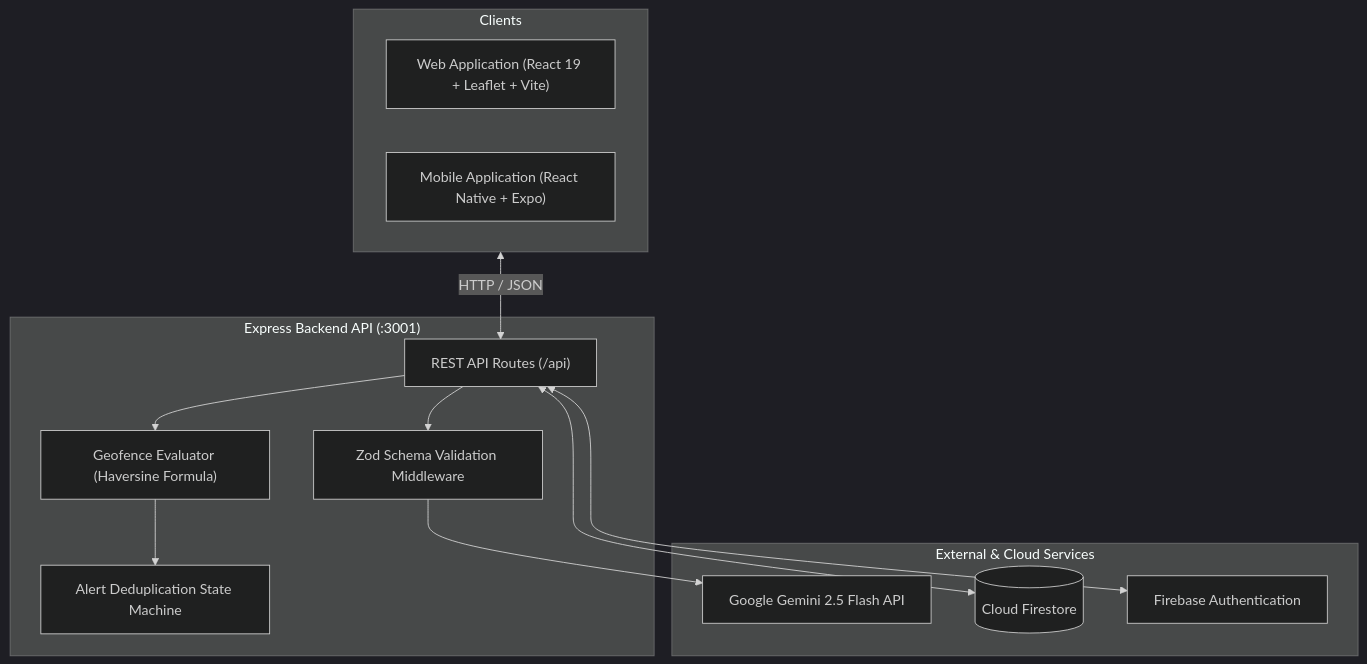
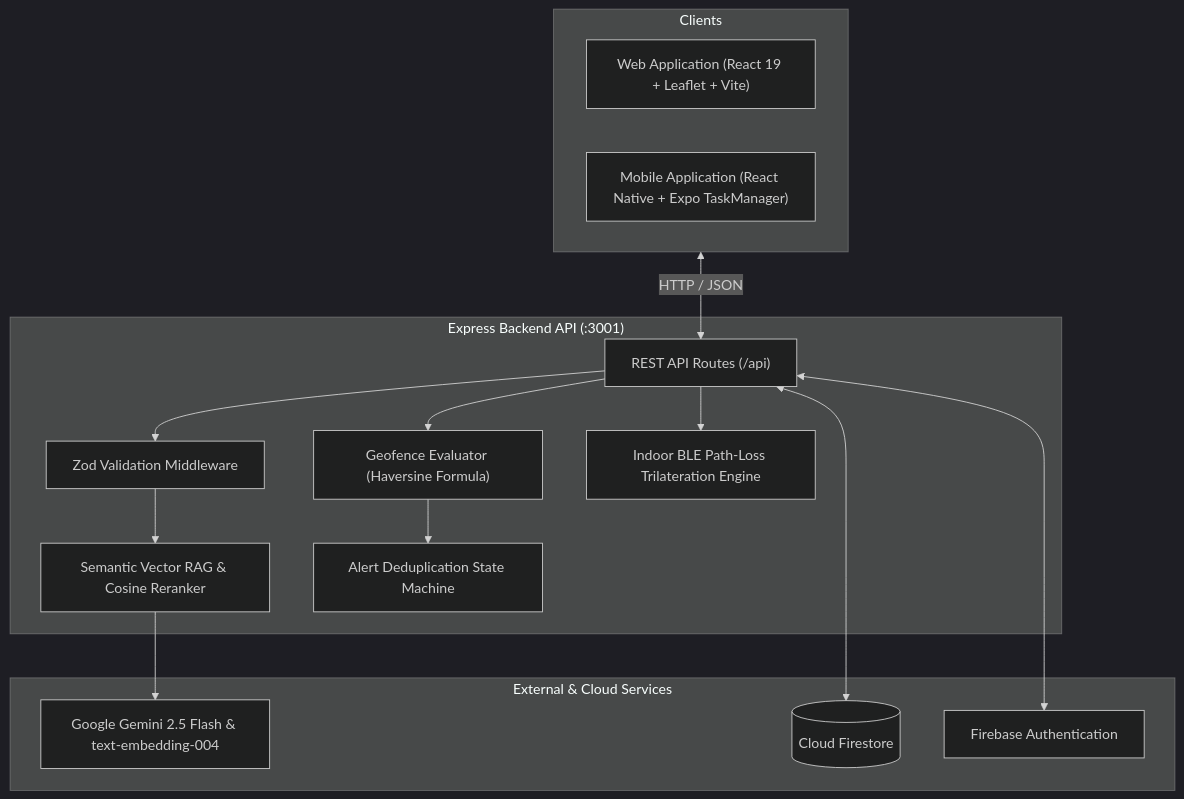
One commit to Pranav7758051011/AfterMe changed the diagram in README.md. Above: the diagram before and after it, drawn with Mermaid (dark theme). The commit also changed other lines of this file, not shown here.

Commit message:
docs: update README with vector RAG embeddings, indoor BLE trilateration, and 11 test suites

````diff
--- a/README.md
+++ b/README.md
@@ -24,28 +27,32 @@
 ```mermaid
 flowchart TB
     subgraph Clients["Clients"]
         WEB["Web Application (React 19 + Leaflet + Vite)"]
-        MOB["Mobile Application (React Native + Expo)"]
+        MOB["Mobile Application (React Native + Expo TaskManager)"]
     end
 
     subgraph Backend["Express Backend API (:3001)"]
         ROUTER["REST API Routes (/api)"]
-        VAL["Zod Schema Validation Middleware"]
+        VAL["Zod Validation Middleware"]
+        VEC["Semantic Vector RAG & Cosine Reranker"]
         GEO["Geofence Evaluator (Haversine Formula)"]
+        BLE["Indoor BLE Path-Loss Trilateration Engine"]
         DEDUP["Alert Deduplication State Machine"]
     end
 
     subgraph Services["External & Cloud Services"]
-        GEMINI["Google Gemini 2.5 Flash API"]
+        GEMINI["Google Gemini 2.5 Flash & text-embedding-004"]
         FS[("Cloud Firestore")]
         AUTH["Firebase Authentication"]
     end
 
     Clients <-->|HTTP / JSON| ROUTER
     ROUTER --> VAL
-    VAL --> GEMINI
+    VAL --> VEC
+    VEC --> GEMINI
     ROUTER --> GEO
+    ROUTER --> BLE
     GEO --> DEDUP
     ROUTER <--> FS
     ROUTER <--> AUTH
 ```
````
